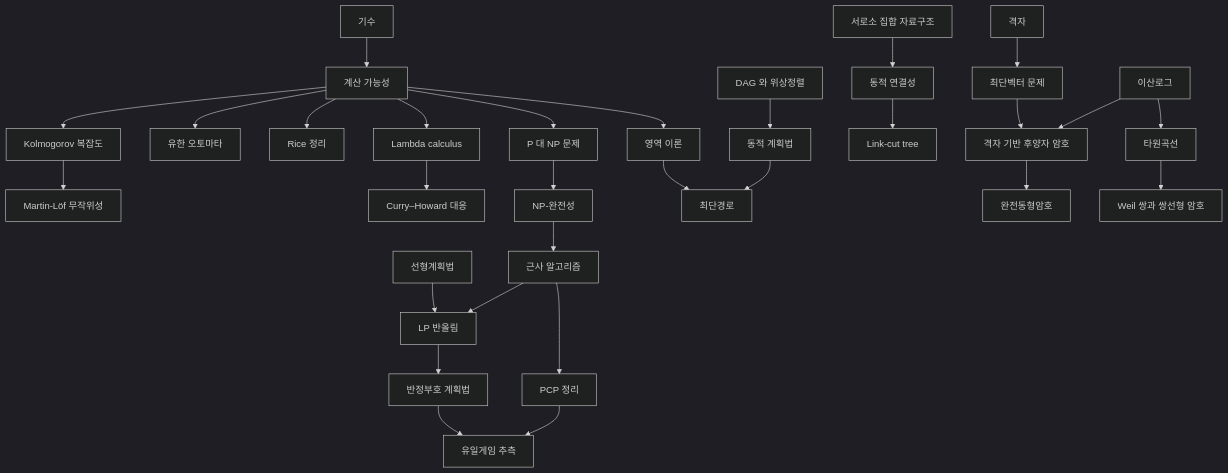
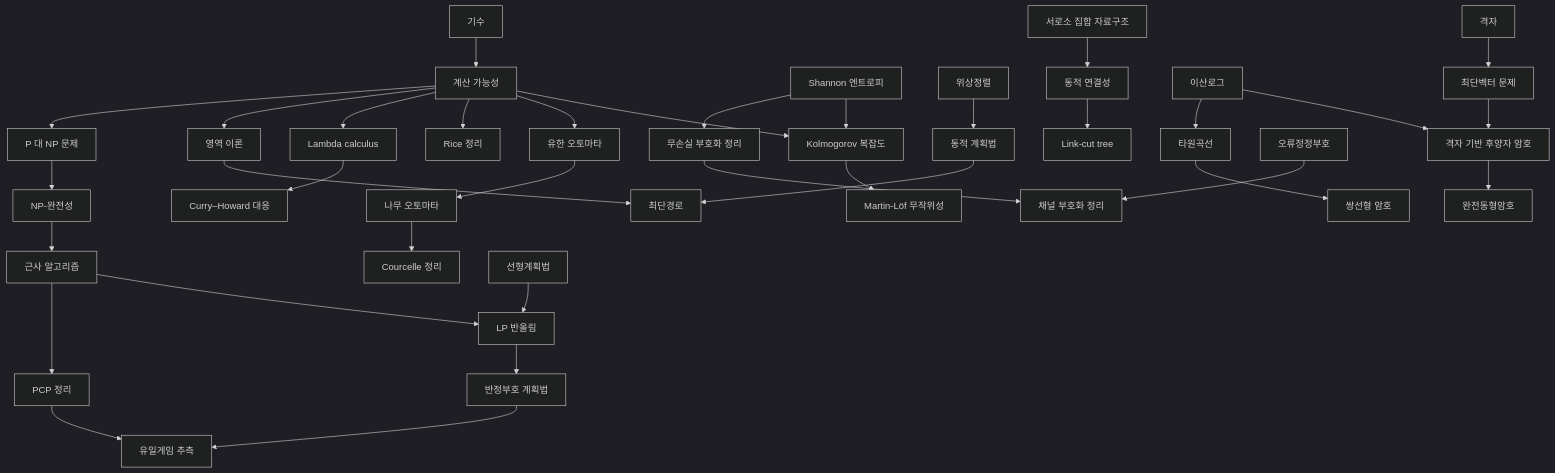
Before and after one commit to Phryxia/math-map: the diagram in docs/computation-overview.md, drawn with Mermaid (dark theme). The commit also changed other lines of this file, not shown here.

````diff
--- a/docs/computation-overview.md
+++ b/docs/computation-overview.md
@@ -13,31 +13,37 @@
 ```mermaid
 graph TD
   CA["기수"] --> CB["계산 가능성"]
   CB --> KC["Kolmogorov 복잡도"]
+  EN["Shannon 엔트로피"] --> KC
   KC --> MLR["Martin-Löf 무작위성"]
   CB --> FA["유한 오토마타"]
+  FA --> TA["나무 오토마타"]
+  TA --> CT["Courcelle 정리"]
   CB --> RT["Rice 정리"]
   CB --> LC["Lambda calculus"]
   CB --> DT["영역 이론"]
   LC --> CH["Curry–Howard 대응"]
   CB --> PN["P 대 NP 문제"]
   PN --> NPC["NP-완전성"]
   NPC --> AA["근사 알고리즘"]
   AA --> LPR["LP 반올림"]
   AA --> PCP["PCP 정리"]
   PCP --> UG["유일게임 추측"]
   LP["선형계획법"] --> LPR
   LPR --> SDP["반정부호 계획법"]
   SDP --> UG
-  DAG["DAG 와 위상정렬"] --> DP["동적 계획법"]
+  TS["위상정렬"] --> DP["동적 계획법"]
   DP --> SP["최단경로"]
   DT --> SP
   UF["서로소 집합 자료구조"] --> DC["동적 연결성"]
   DC --> LCT["Link-cut tree"]
   DL["이산로그"] --> PQ["격자 기반 후양자 암호"]
   LA["격자"] --> SVP["최단벡터 문제"]
   SVP --> PQ
   PQ --> HE["완전동형암호"]
   DL --> EC["타원곡선"]
-  EC --> PBC["Weil 쌍과 쌍선형 암호"]
+  EC --> PBC["쌍선형 암호"]
+  ECC["오류정정부호"] --> CC["채널 부호화 정리"]
+  EN --> SC["무손실 부호화 정리"]
+  SC --> CC
 ```
````
